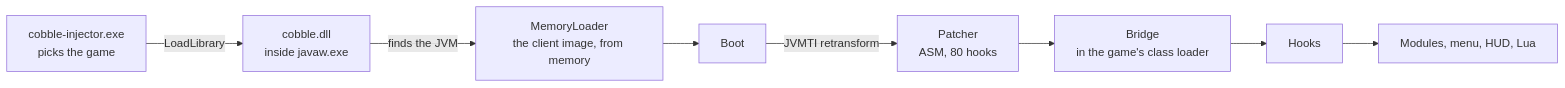
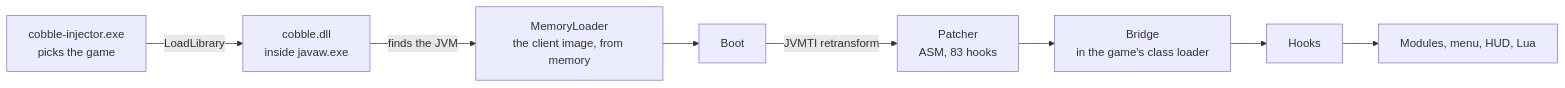
The diagram in README.md (CobbleLabs/cobble-recode), drawn with Mermaid before and after one commit. The commit also changed other lines of this file and 47 other files, not shown here.

````diff
--- a/README.md
+++ b/README.md
@@ -377,10 +398,10 @@
 ```mermaid
 flowchart LR
     injector["cobble-injector.exe<br/>picks the game"] -->|LoadLibrary| dll["cobble.dll<br/>inside javaw.exe"]
     dll -->|finds the JVM| loader["MemoryLoader<br/>the client image, from memory"]
     loader --> boot["Boot"]
-    boot -->|JVMTI retransform| patcher["Patcher<br/>ASM, 80 hooks"]
+    boot -->|JVMTI retransform| patcher["Patcher<br/>ASM, 83 hooks"]
     patcher --> bridge["Bridge<br/>in the game's class loader"]
     bridge --> hooks["Hooks"]
     hooks --> client["Modules, menu, HUD, Lua"]
 ```
````
